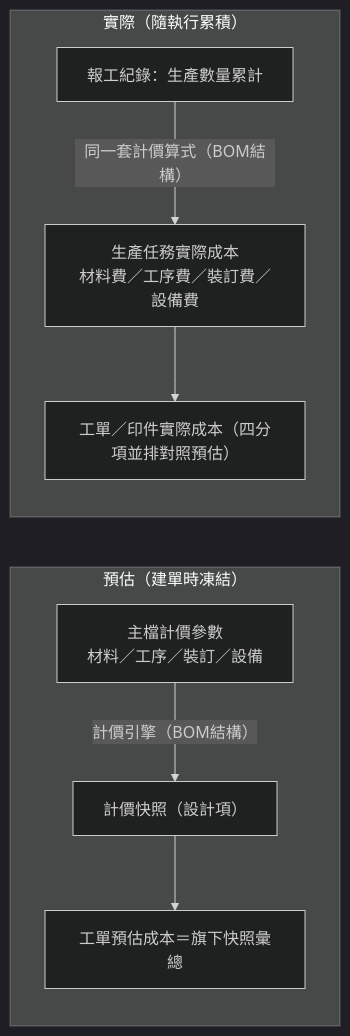
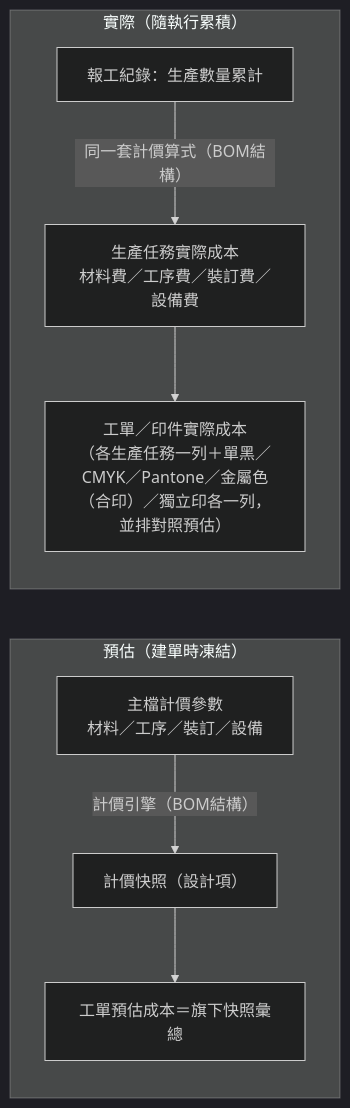
Before and after one commit to Kawato-Miles/erp-spec: the fourth of 4 diagrams in memory/Sens_wiki/wiki/erp/05-entities/範例 - 資料結構總覽.md, drawn with Mermaid (dark theme). The commit also changed other lines of this file and 17 other files, not shown here.

````diff
--- a/memory/Sens_wiki/wiki/erp/05-entities/範例 - 資料結構總覽.md
+++ b/memory/Sens_wiki/wiki/erp/05-entities/範例 - 資料結構總覽.md
@@ -123,11 +123,11 @@
 ```mermaid
 flowchart LR
     subgraph 預估["預估（建單時凍結）"]
         C1["主檔計價參數<br>材料／工序／裝訂／設備"] -->|"計價引擎（BOM結構）"| C2["計價快照（設計項）"]
         C2 --> C3["工單預估成本＝旗下快照彙總"]
     end
     subgraph 實際["實際（隨執行累積）"]
         D1["報工紀錄：生產數量累計"] -->|"同一套計價算式（BOM結構）"| D5["生產任務實際成本<br>材料費／工序費／裝訂費／設備費"]
-        D5 --> D6["工單／印件實際成本（四分項並排對照預估）"]
+        D5 --> D6["工單／印件實際成本<br>（各生產任務一列＋單黑／CMYK／Pantone／金屬色（合印）／獨立印各一列，並排對照預估）"]
     end
 ```
````
